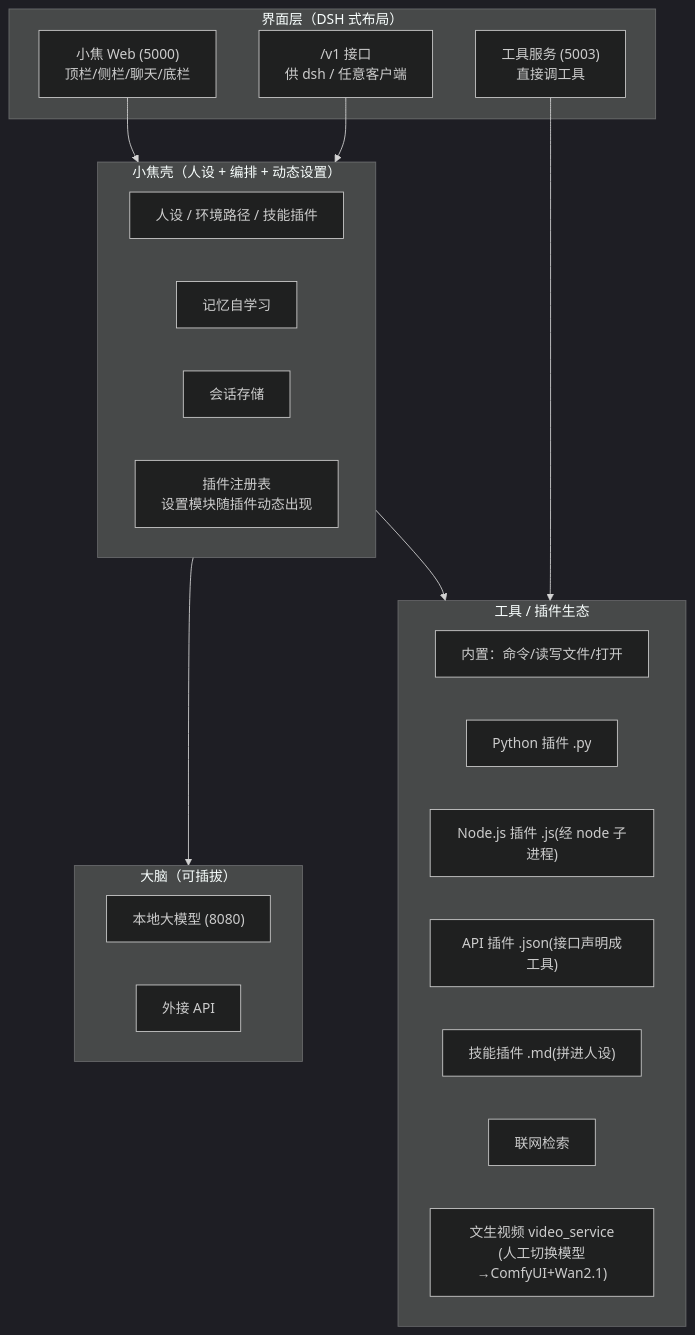
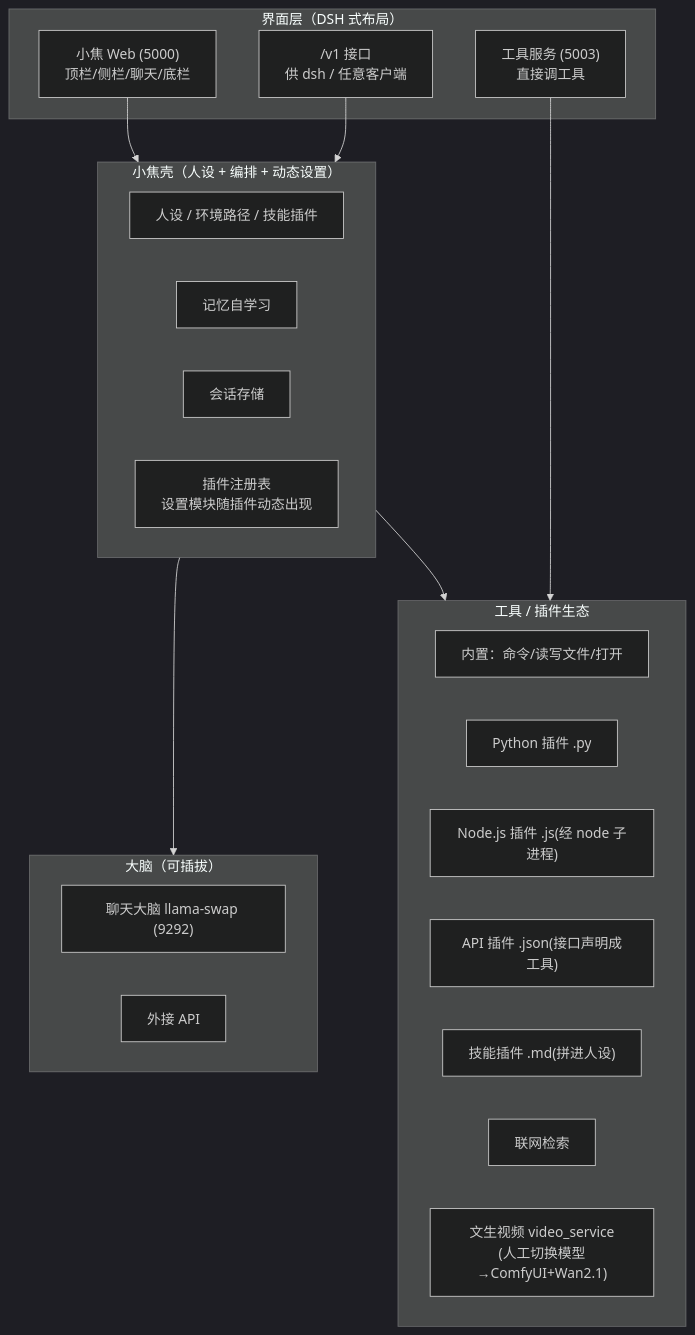
The first of 6 diagrams in README.md (jiangchuangege/xiaojiao-harness), drawn with Mermaid (dark theme) before and after one commit. The commit also changed other lines of this file and 3 other files, not shown here.

Commit message:
全库清理: README大模型8080->llama-swap(9292)4处, brain_manager聊天脑端口9292, distill脚本LLAMA_API->9292

````diff
--- a/README.md
+++ b/README.md
@@ -95,31 +95,31 @@
 ```mermaid
 flowchart TD
     subgraph UI["界面层（DSH 式布局）"]
         W["小焦 Web (5000)<br/>顶栏/侧栏/聊天/底栏"]
         C["/v1 接口<br/>供 dsh / 任意客户端"]
         T["工具服务 (5003)<br/>直接调工具"]
     end
     subgraph AGENT["小焦壳（人设 + 编排 + 动态设置）"]
         R["人设 / 环境路径 / 技能插件"]
         M["记忆自学习"]
         S["会话存储"]
         P["插件注册表<br/>设置模块随插件动态出现"]
     end
     subgraph BRAIN["大脑（可插拔）"]
-        B1["本地大模型 (8080)"]
+        B1["聊天大脑 llama-swap (9292)"]
         B2["外接 API"]
     end
     subgraph TOOLS["工具 / 插件生态"]
         T1["内置：命令/读写文件/打开"]
         T2["Python 插件 .py"]
         T3["Node.js 插件 .js(经 node 子进程)"]
         T4["API 插件 .json(接口声明成工具)"]
         T5["技能插件 .md(拼进人设)"]
         T6["联网检索"]
         T7["文生视频 video_service<br/>(人工切换模型→ComfyUI+Wan2.1)"]
     end
     W & C --> AGENT
     T --> TOOLS
     AGENT --> BRAIN
     AGENT --> TOOLS
 ```
````
